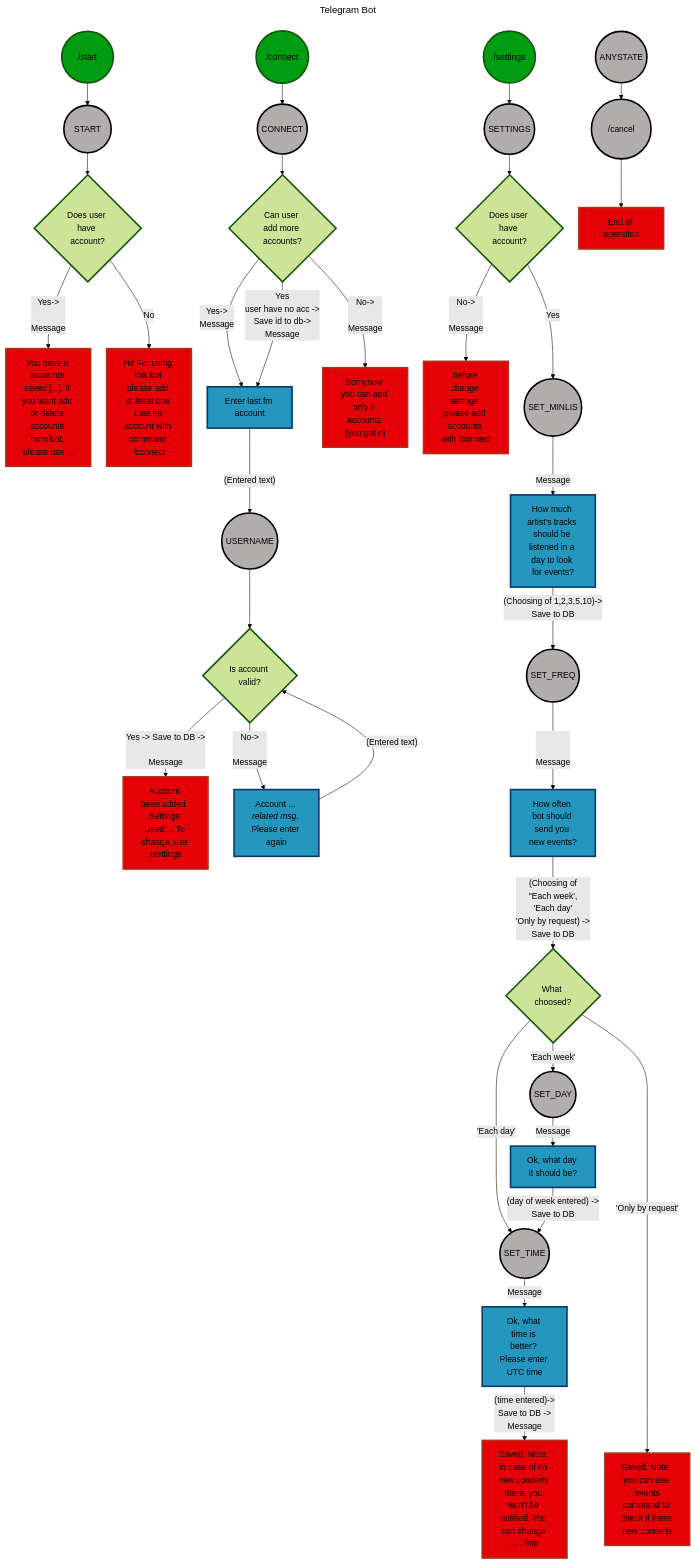
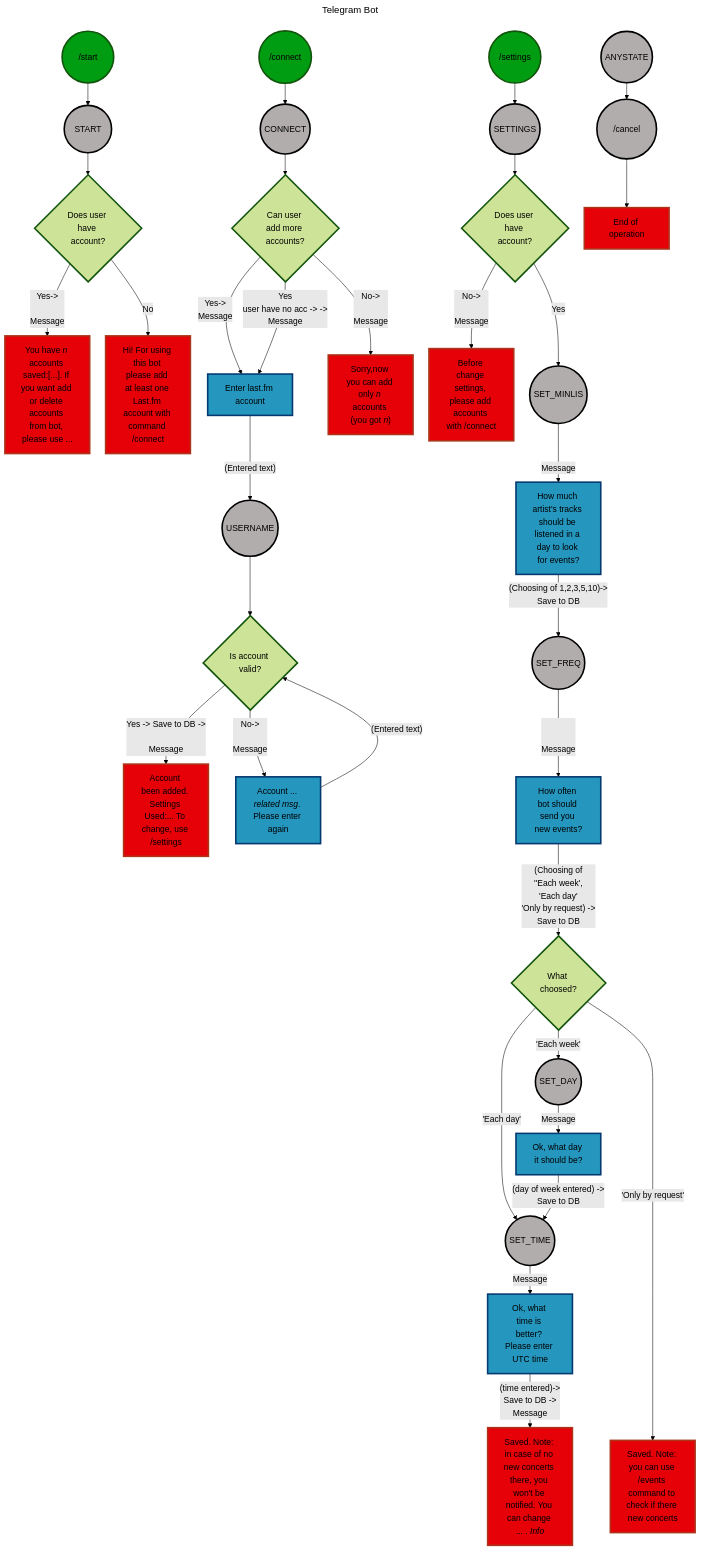
One commit to baidakovil/GreenGrassBot changed the diagram in diagram.mmd. Above: the diagram before and after it, drawn with Mermaid. The commit also changed 16 other files, not shown here.

```diff
--- a/diagram.mmd
+++ b/diagram.mmd
@@ -1,59 +1,59 @@
 ---
 title: Telegram Bot
 ---
 %%{
     init: {
         'theme': 'forest',
         'flowchart': {
                     'diagramPadding':30,
                     'titleTopMargin':25,
                     'nodeSpacing':30,
                     'rankSpacing':30,
                     'curve':'basis',
                     'padding':15,
                     'defaultRenderer':'dagre-wrapper',
                     'wrappingWidth':100
                     },
         'themeVariables': {
                             }
             }
     }%%
 
 flowchart TB
     A(("⠀⠀/start⠀⠀")) --> A1(("⠀START⠀"))-->B{"`Does user have account?`"}
     B -->|Yes-></br></br>Message| C1["`You have *n* accounts saved:[...]. If you want add or delete accounts from bot, please use ...`"]
     B -->|No| C2["`Hi! For using this bot please add at least one Last.fm account with command /connect`"]
     J -->|Yes-></br>Message|E["`Enter last.fm account`"]
-    J -->|Yes</br>user have no acc -></br> Save id to db-></br>Message|E["`Enter last.fm account`"]
+    J -->|Yes</br>user have no acc -> -></br>Message|E["`Enter last.fm account`"]
     J -->|No-></br></br>Message|K["`Sorry,now you can add only *n* accounts (you got *n*)`"]
     E -->|"(Entered text)"|E1((USERNAME))-->F{Is account valid?}
     F -->|Yes -> Save to DB -></br></br>Message| G["`Account been added. Settings Used:... To change, use /settings`"]
     F -->|No-></br></br>Message| H["`Account ... *related msg*. Please enter again`"]
     H -->|"(Entered text)"|F
     I(("⠀/connect⠀"))-->D(("CONNECT"))-->J{"`Can user add more accounts?`"}
     L(("⠀/settings⠀")) --> L1(("SETTINGS"))-->M{"`Does user have account?`"}
     M -->|No-></br></br>Message| N["`Before change settings, please add accounts with /connect`"]
     M -->|Yes| O((SET_MINLIS))
     O -->|Message|P["`How much artist's tracks should be listened in a day to look for events?`"]
     P -->|"(Choosing of 1,2,3,5,10)-></br>Save to DB"| P1((SET_FREQ))
     P1-->|"</br></br>Message"| Q["`How often bot should send you new events?`"]
     Q-->|"(Choosing of </br>''Each week',</br>'Each day'</br>'Only by request) -></br>Save to DB"|R{What choosed?}
     R-->|'Each day'|R2
     S1["`Ok, what time is better? Please enter UTC time`"]-->|"(time entered)-> </br>Save to DB -> </br>Message"|T["`Saved. Note: in case of no new concerts there, you won't be notified. You can change ... . *Info*`"]
     R-->|'Each week'|R1((SET_DAY))-->|Message|S2["`Ok, what day it should be?`"]
     S2-->|"(day of week entered) -> </br>Save to DB"|R2((SET_TIME))-->|Message|S1
     R------>|'Only by request'|U["`Saved. Note: you can use /events command to check if there new concerts`"]
 
     Z1((ANYSTATE))-->Z2(("⠀⠀/cancel⠀⠀"))-->Z3[End of operation]
 
 
     classDef default stroke-width:3px
     classDef userInput fill:#2596be,stroke:#063970
     classDef state fill:#B1ADAD,stroke:#000000
     classDef entryPoint fill:#009c11
     classDef termination fill:#E60109,stroke:#ab341a
     class A,I,L entryPoint
     class B,F,M,P,R decision
     class C1,C2,G,K,N,T,U,Z3 termination
     class A1,E1,D,O,L1,P1,R1,R2,Z1,Z2 state
     class E,H,P,Q,S1,S2 userInput
```
